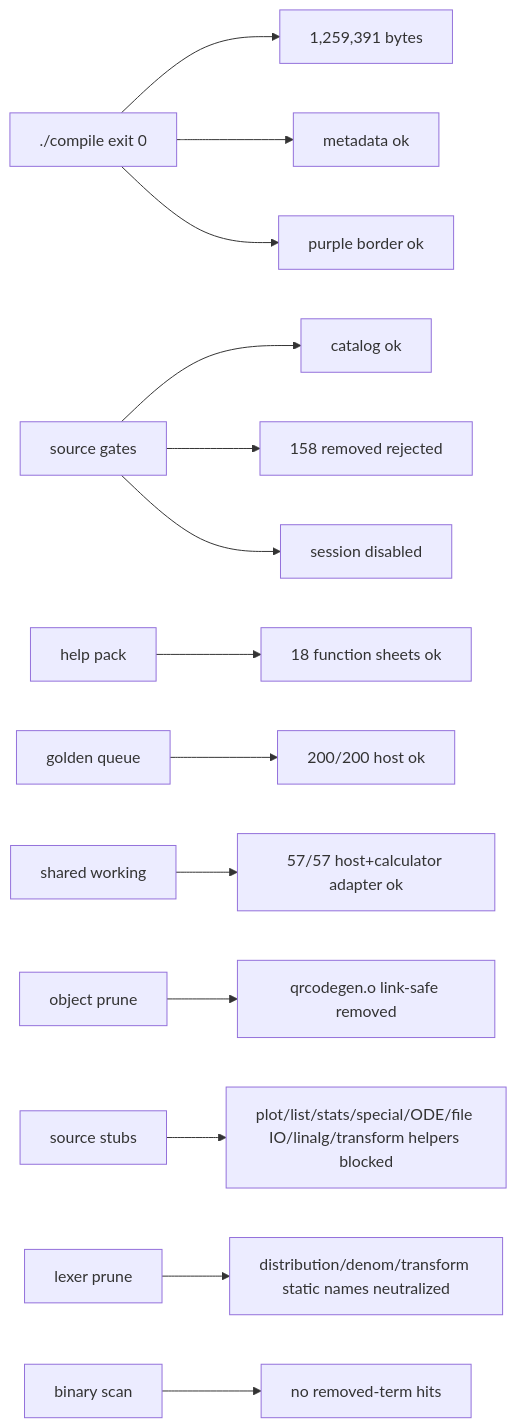
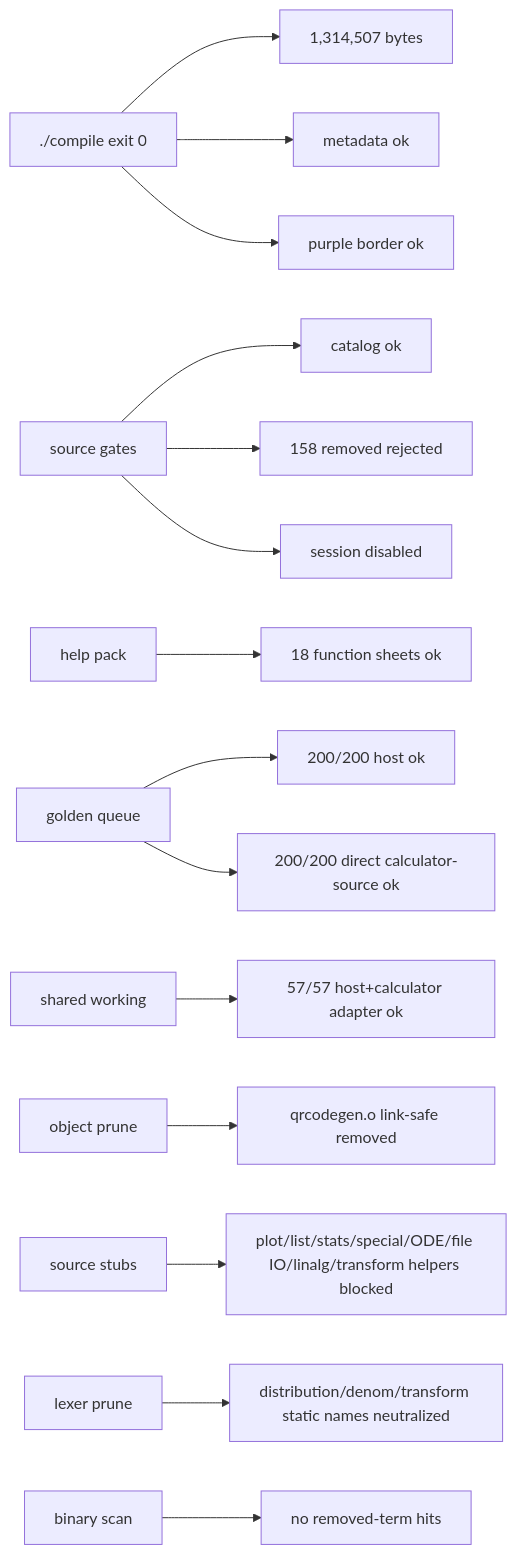
The seventh of 7 diagrams in docs/GRAPH.md (james8464/notes-addin-casio-fx-cg50), drawn with Mermaid before and after one commit. The commit also changed other lines of this file and 5 other files, not shown here.

Commit message:
feat: port golden working lines into calculator source

````diff
--- a/docs/GRAPH.md
+++ b/docs/GRAPH.md
@@ -130,16 +136,17 @@
 ```mermaid
 graph LR
-  Build["./compile exit 0"] --> Size["1,259,391 bytes"]
+  Build["./compile exit 0"] --> Size["1,314,507 bytes"]
   Build --> Meta["metadata ok"]
   Build --> Border["purple border ok"]
   Source["source gates"] --> Catalog["catalog ok"]
   Source --> Removed["158 removed rejected"]
   Source --> Session["session disabled"]
   Help["help pack"] --> HelpQ["18 function sheets ok"]
   Queue["golden queue"] --> QueueRun["200/200 host ok"]
+  Queue --> GoldenRun["200/200 direct calculator-source ok"]
   Shared["shared working"] --> SharedRun["57/57 host+calculator adapter ok"]
   Obj["object prune"] --> QR["qrcodegen.o link-safe removed"]
   Macro["source stubs"] --> Stubbed["plot/list/stats/special/ODE/file IO/linalg/transform helpers blocked"]
   Static["lexer prune"] --> StaticRun["distribution/denom/transform static names neutralized"]
   Bin["binary scan"] --> NoLeak["no removed-term hits"]
 ```
````
